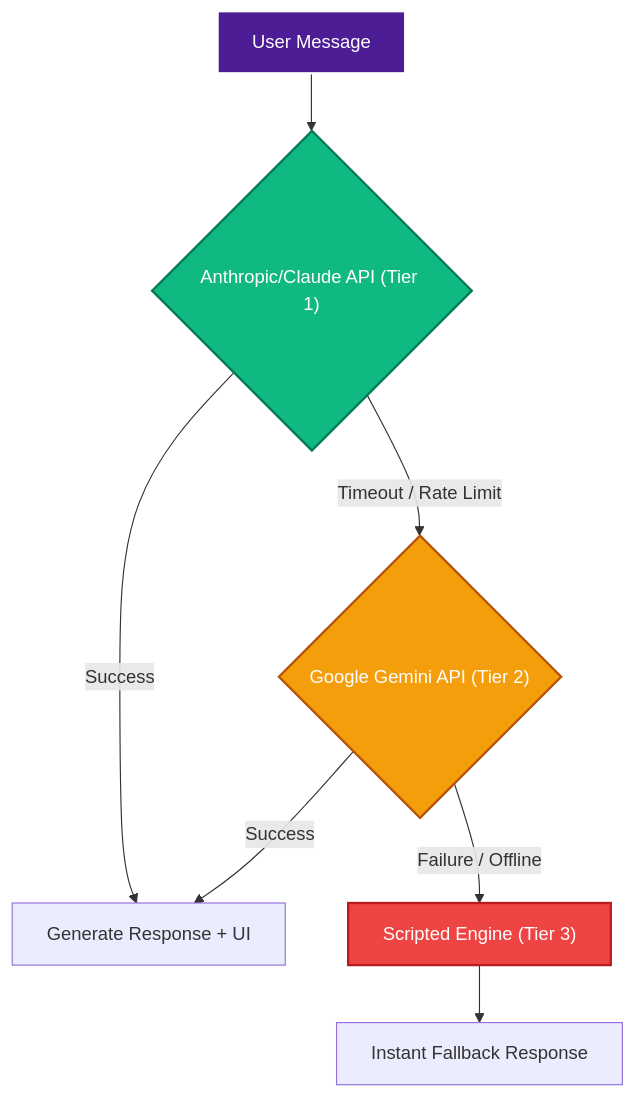
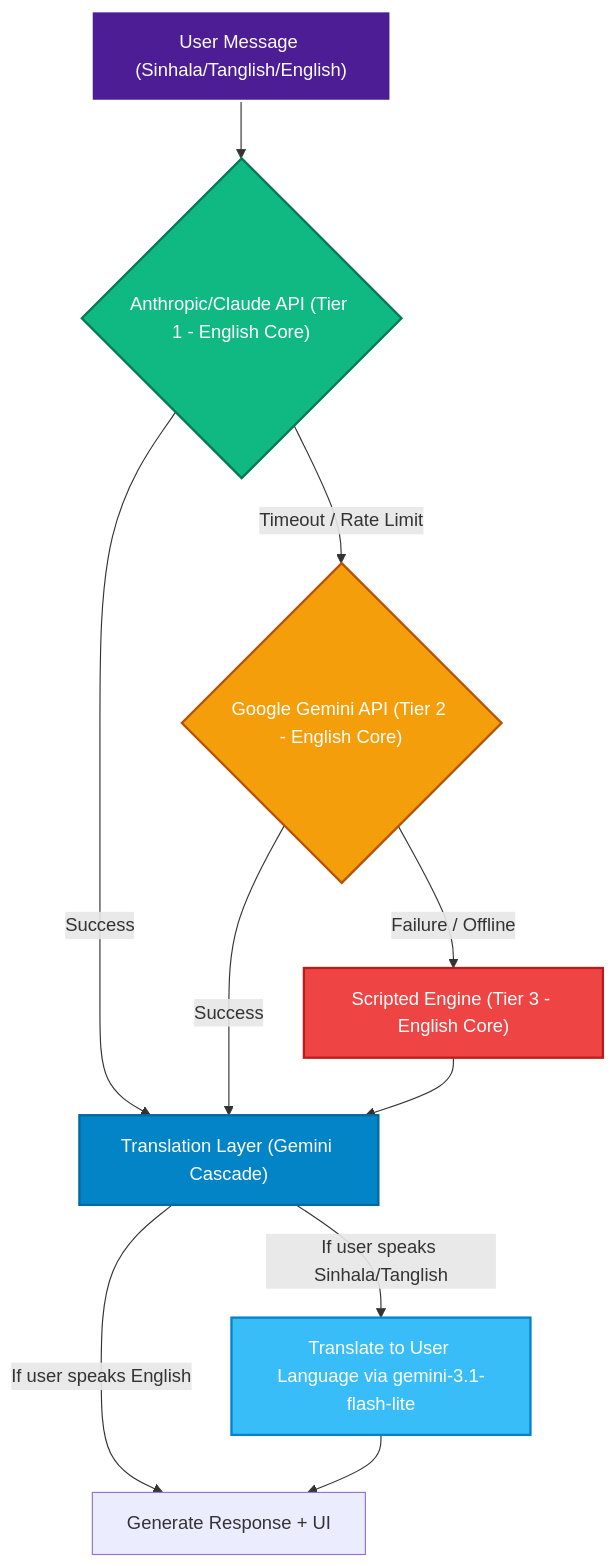
Before and after one commit to LasaKaru/kapri: the first of 2 diagrams in submition/Architecture_and_System_Design.md, drawn with Mermaid. The commit also changed other lines of this file and 18 other files, not shown here.

Commit message:
implement multi-model Gemini fallback cascade and translation layer for Sinhala/Tanglish support with structured MCP response parsing. and updated documents

````diff
--- a/submition/Architecture_and_System_Design.md
+++ b/submition/Architecture_and_System_Design.md
@@ -6,14 +7,20 @@
 ```mermaid
 graph TD
-    A["User Message"] --> B{"Anthropic/Claude API (Tier 1)"}
-    B -- Success --> C["Generate Response + UI"]
-    B -- "Timeout / Rate Limit" --> D{"Google Gemini API (Tier 2)"}
-    D -- Success --> C
-    D -- "Failure / Offline" --> E["Scripted Engine (Tier 3)"]
-    E --> F["Instant Fallback Response"]
+    A["User Message (Sinhala/Tanglish/English)"] --> B{"Anthropic/Claude API (Tier 1 - English Core)"}
+    B -- Success --> TRANS["Translation Layer (Gemini Cascade)"]
+    B -- "Timeout / Rate Limit" --> D{"Google Gemini API (Tier 2 - English Core)"}
+    D -- Success --> TRANS
+    D -- "Failure / Offline" --> E["Scripted Engine (Tier 3 - English Core)"]
+    E --> TRANS
+    
+    TRANS -- "If user speaks Sinhala/Tanglish" --> TL["Translate to User Language via gemini-3.1-flash-lite"]
+    TRANS -- "If user speaks English" --> F["Generate Response + UI"]
+    TL --> F
     
     style A fill:#4c1d95,stroke:#fff,stroke-width:2px,color:#fff
     style B fill:#10b981,stroke:#047857,stroke-width:2px,color:#fff
     style D fill:#f59e0b,stroke:#b45309,stroke-width:2px,color:#fff
     style E fill:#ef4444,stroke:#b91c1c,stroke-width:2px,color:#fff
+    style TRANS fill:#0284c7,stroke:#0369a1,stroke-width:2px,color:#fff
+    style TL fill:#38bdf8,stroke:#0284c7,stroke-width:2px,color:#fff
 ```
````
